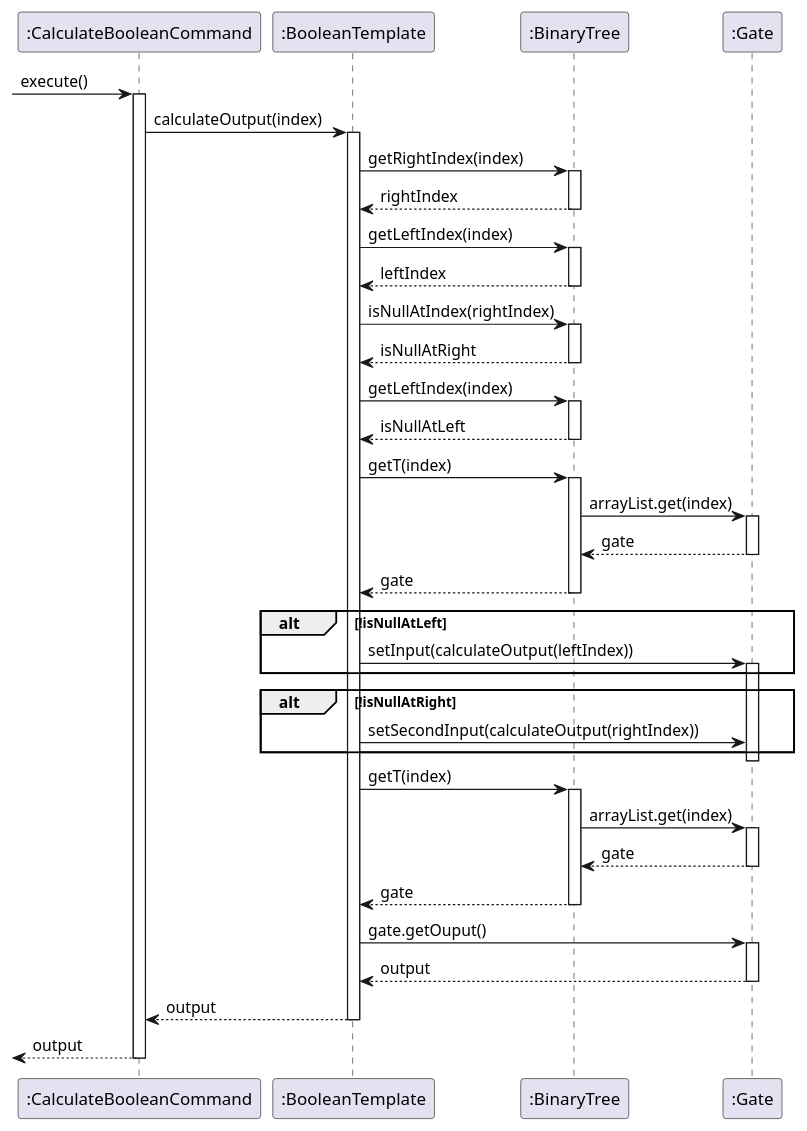
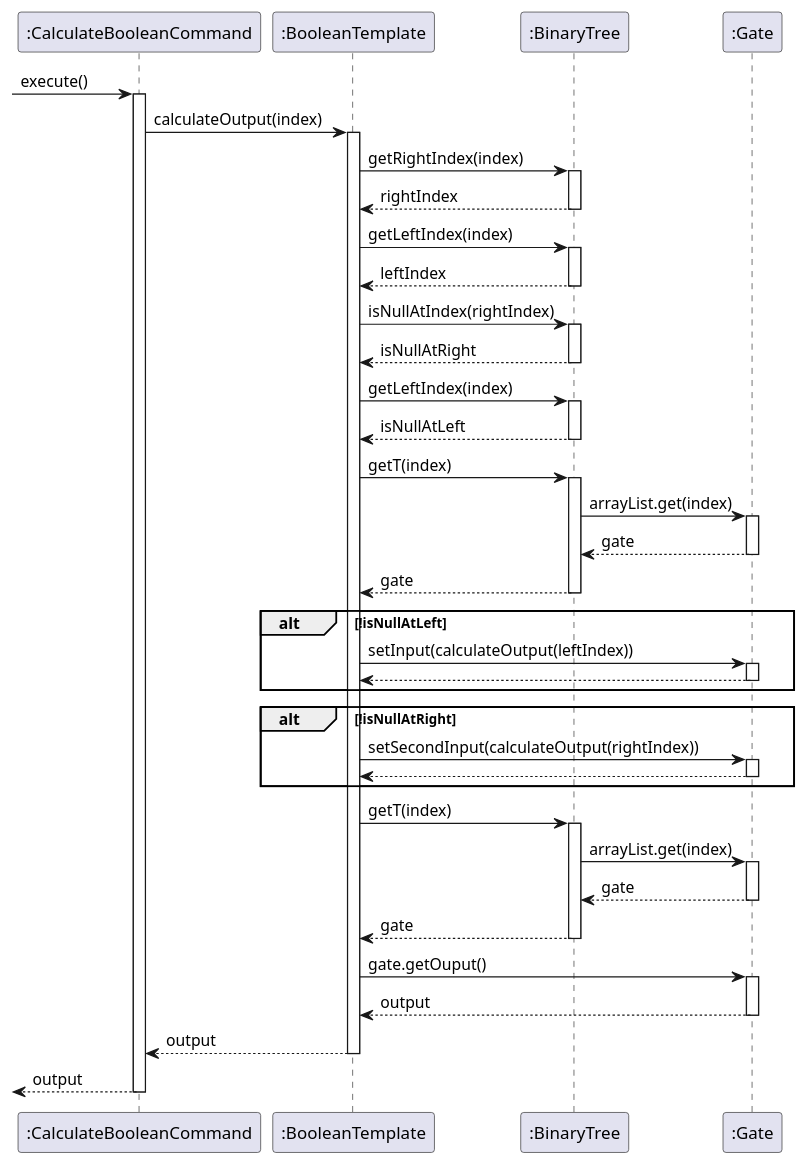
The diagram in docs/diagrams/CalcBooleanCommand.puml (sevenseasofbri/tp), drawn with PlantUML before and after one commit. The commit also changed 4 other files, not shown here.

Commit message:
Changes to commands UML diagrams

```diff
--- a/docs/diagrams/CalcBooleanCommand.puml
+++ b/docs/diagrams/CalcBooleanCommand.puml
@@ -1,84 +1,90 @@
 @startuml
 [-> ":CalculateBooleanCommand" : execute()
 activate ":CalculateBooleanCommand"
 
 ":CalculateBooleanCommand" -> ":BooleanTemplate" : calculateOutput(index)
 activate ":BooleanTemplate"
 
 ":BooleanTemplate" -> ":BinaryTree" : getRightIndex(index)
 activate ":BinaryTree"
 
 ":BinaryTree" --> ":BooleanTemplate" : rightIndex
 deactivate ":BinaryTree"
 
 ":BooleanTemplate" -> ":BinaryTree" : getLeftIndex(index)
 activate ":BinaryTree"
 
 ":BinaryTree" --> ":BooleanTemplate" : leftIndex
 deactivate ":BinaryTree"
 
 ":BooleanTemplate" -> ":BinaryTree" : isNullAtIndex(rightIndex)
 activate ":BinaryTree"
 
 ":BinaryTree" --> ":BooleanTemplate" : isNullAtRight
 deactivate ":BinaryTree"
 
 ":BooleanTemplate" -> ":BinaryTree" : getLeftIndex(index)
 activate ":BinaryTree"
 
 ":BinaryTree" --> ":BooleanTemplate" : isNullAtLeft
 deactivate ":BinaryTree"
 
 ":BooleanTemplate" -> ":BinaryTree": getT(index)
 activate ":BinaryTree"
 
 ":BinaryTree" -> ":Gate" : arrayList.get(index)
 activate ":Gate"
 
 ":Gate" --> ":BinaryTree" : gate
 deactivate ":Gate"
 
 ":BinaryTree" --> ":BooleanTemplate": gate
 deactivate ":BinaryTree"
 
 alt !isNullAtLeft
 
 ":BooleanTemplate" -> ":Gate": setInput(calculateOutput(leftIndex))
 activate ":Gate"
 
+":Gate" --> ":BooleanTemplate"
+deactivate ":Gate"
+
 end
 
 alt !isNullAtRight
 
 ":BooleanTemplate" -> ":Gate" : setSecondInput(calculateOutput(rightIndex))
+activate ":Gate"
 
+":Gate" --> ":BooleanTemplate"
+deactivate ":Gate"
 
 end
 
 deactivate ":Gate"
 deactivate ":Gate"
 
 ":BooleanTemplate" -> ":BinaryTree": getT(index)
 activate ":BinaryTree"
 
 ":BinaryTree" -> ":Gate": arrayList.get(index)
 activate ":Gate"
 
 ":Gate" --> ":BinaryTree" : gate
 deactivate ":Gate"
 
 ":BinaryTree" --> ":BooleanTemplate" : gate
 deactivate ":BinaryTree"
 
 ":BooleanTemplate" -> ":Gate" : gate.getOuput()
 activate ":Gate"
 
 ":Gate" --> ":BooleanTemplate": output
 deactivate ":Gate"
 
 ":BooleanTemplate" --> ":CalculateBooleanCommand": output
 deactivate ":BooleanTemplate"
 
 [<-- ":CalculateBooleanCommand": output
 deactivate ":CalculateBooleanCommand"
 @enduml
```
